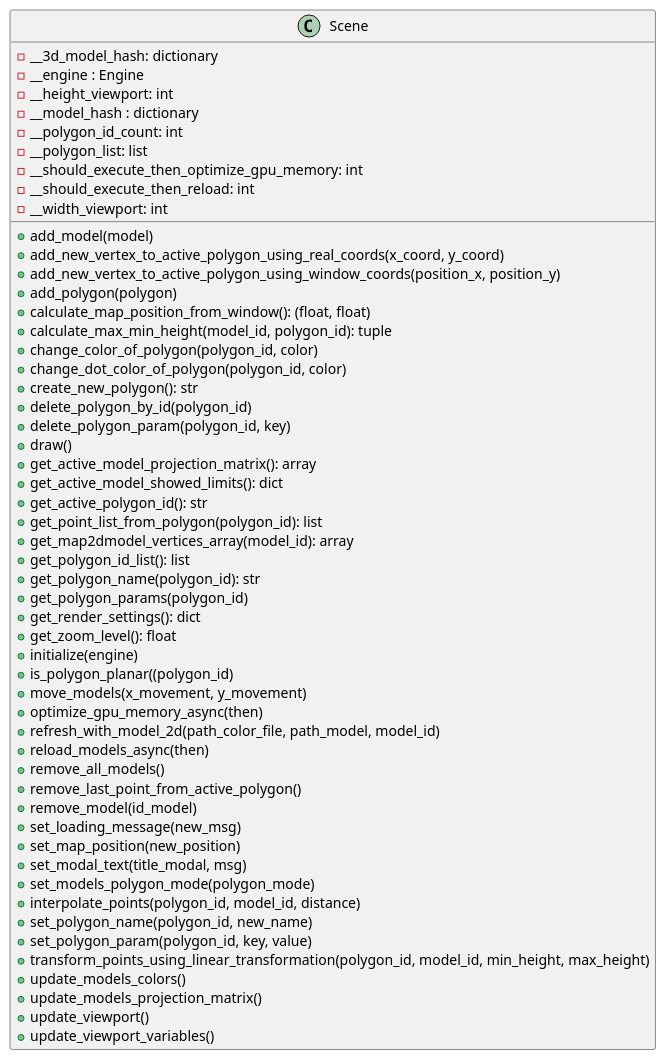
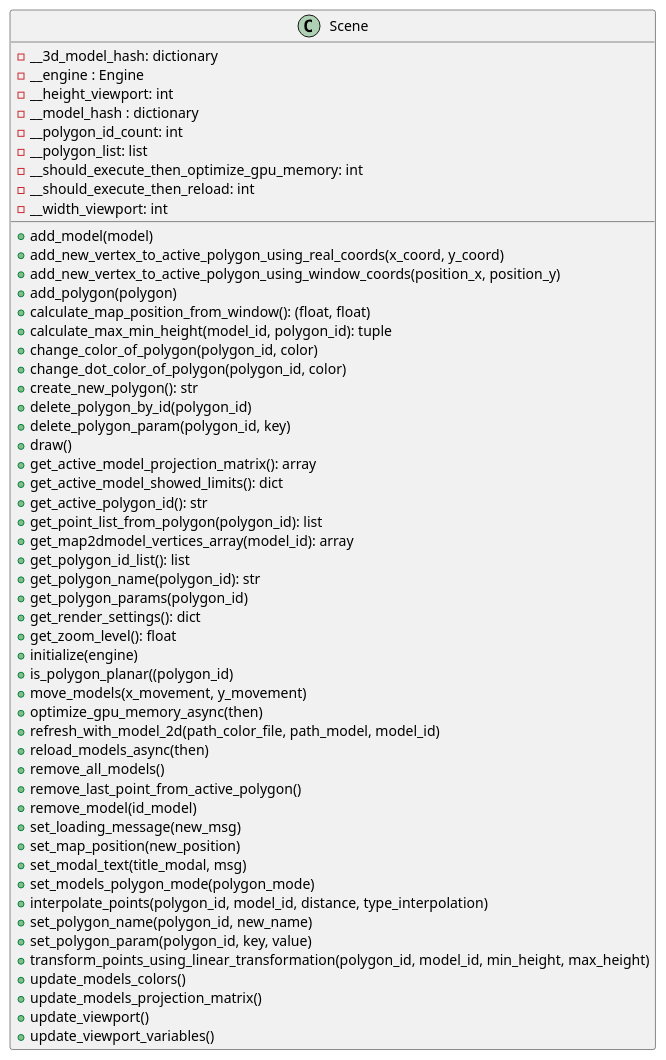
Before and after one commit to ferpoble2/Relief_Creator: the diagram in docs/classes/Scene.puml, drawn with PlantUML. The commit also changed 2 other files, not shown here.

Commit message:
updated diagrams

```diff
--- a/docs/classes/Scene.puml
+++ b/docs/classes/Scene.puml
@@ -1,58 +1,58 @@
 @startuml
             class Scene{
                 + add_model(model)
                 + add_new_vertex_to_active_polygon_using_real_coords(x_coord, y_coord)
                 + add_new_vertex_to_active_polygon_using_window_coords(position_x, position_y)
                 + add_polygon(polygon)
                 + calculate_map_position_from_window(): (float, float)
                 + calculate_max_min_height(model_id, polygon_id): tuple
                 + change_color_of_polygon(polygon_id, color)
                 + change_dot_color_of_polygon(polygon_id, color)
                 + create_new_polygon(): str
                 + delete_polygon_by_id(polygon_id)
                 + delete_polygon_param(polygon_id, key)
                 + draw()
                 + get_active_model_projection_matrix(): array
                 + get_active_model_showed_limits(): dict
                 + get_active_polygon_id(): str
                 + get_point_list_from_polygon(polygon_id): list
                 + get_map2dmodel_vertices_array(model_id): array
                 + get_polygon_id_list(): list
                 + get_polygon_name(polygon_id): str
                 + get_polygon_params(polygon_id)
                 + get_render_settings(): dict
                 + get_zoom_level(): float
                 + initialize(engine)
                 + is_polygon_planar((polygon_id)
                 + move_models(x_movement, y_movement)
                 + optimize_gpu_memory_async(then)
                 + refresh_with_model_2d(path_color_file, path_model, model_id)
                 + reload_models_async(then)
                 + remove_all_models()
                 + remove_last_point_from_active_polygon()
                 + remove_model(id_model)
                 + set_loading_message(new_msg)
                 + set_map_position(new_position)
                 + set_modal_text(title_modal, msg)
                 + set_models_polygon_mode(polygon_mode)
-                + interpolate_points(polygon_id, model_id, distance)
+                + interpolate_points(polygon_id, model_id, distance, type_interpolation)
                 + set_polygon_name(polygon_id, new_name)
                 + set_polygon_param(polygon_id, key, value)
                 + transform_points_using_linear_transformation(polygon_id, model_id, min_height, max_height)
                 + update_models_colors()
                 + update_models_projection_matrix()
                 + update_viewport()
                 + update_viewport_variables()
 
                 - __3d_model_hash: dictionary
                 - __engine : Engine
                 - __height_viewport: int
                 - __model_hash : dictionary
                 - __polygon_id_count: int
                 - __polygon_list: list
                 - __should_execute_then_optimize_gpu_memory: int
                 - __should_execute_then_reload: int
                 - __width_viewport: int
             }
 
 @enduml
```
